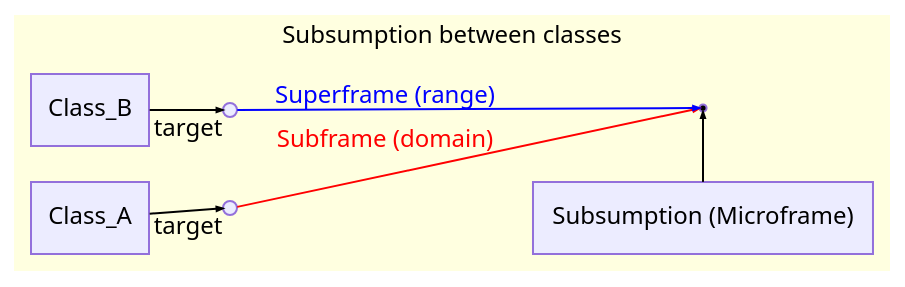
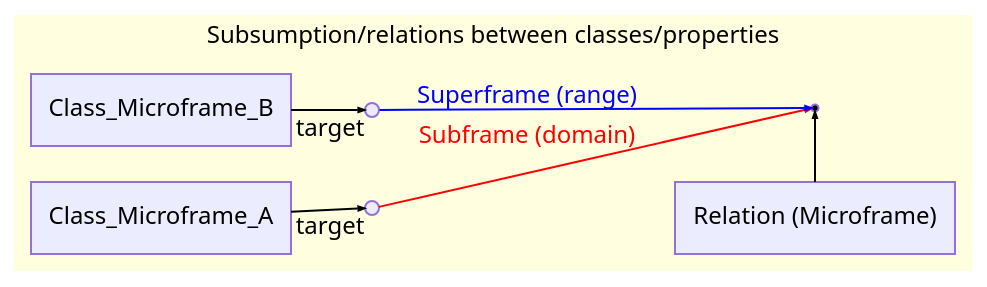
Before and after one commit to FrameNetBrasil/webtool4: the second of 3 diagrams in app/UI/views/Documentation/background/microframes.md, drawn with Graphviz. The commit also changed other lines of this file and 61 other files, not shown here.

````diff
--- a/app/UI/views/Documentation/background/microframes.md
+++ b/app/UI/views/Documentation/background/microframes.md
@@ -88,32 +89,32 @@
 ```dot
 digraph G {
     graph [fontname="Noto Sans" fontsize=12];
     node [fontname="Noto Sans" fontsize=12 shape=rectangle style=filled color="#9370DB" fillcolor="#ECECFF"];
     edge [fontname="Noto Sans" fontsize=12];
     layout=dot
     rankdir=LR;
     bgcolor=transparent;
 
     subgraph cluster_0 {
         style=filled;
         color=lightyellow;
-        label = "Subsumption between classes";
+        label = "Subsumption/relations between classes/properties";
         
-        cB [label="Class_B"]
-        cA [label="Class_A"]
-        mf [label="Subsumption (Microframe)"]
+        cB [label="Class_Microframe_B"]
+        cA [label="Class_Microframe_A"]
+        mf [label="Relation (Microframe)"]
         relation [shape=point fillcolor=black]
         feX [shape=circle label="", xlabel="target" width="0.1"]
         feTarget [shape=circle label="", xlabel="target" width="0.1"]
         
         // Force mf to be on the right side
         {rank=same; relation; mf}
         
         cA -> feX [arrowsize=0.3]
         cB-> feTarget [arrowsize=0.3]
         feX -> relation  [arrowsize=0.3 label="Subframe (domain)" color="red" fontcolor=red]
         feTarget -> relation [arrowsize=0.3  label="Superframe (range)"  color="blue" fontcolor=blue]
         mf -> relation [arrowsize=0.3]
     }
 }
 ```
````
